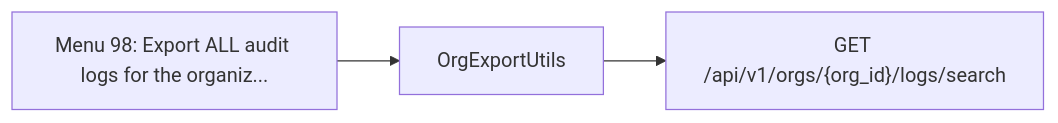
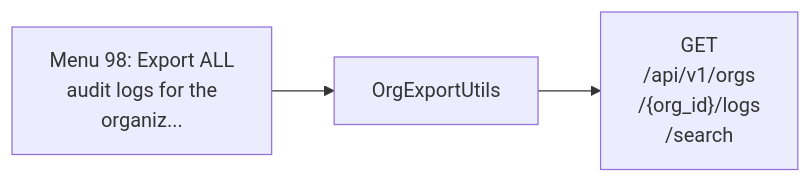
The seventh of 11 diagrams in documentation/menu-api/resource-intensive.md (jmorrison-juniper/MistHelper), drawn with Mermaid before and after one commit. The commit also changed other lines of this file and 19 other files, not shown here.

First line of the commit message:
docs(menu-api): fit the Mermaid diagrams to the wiki column

````diff
--- a/documentation/menu-api/resource-intensive.md
+++ b/documentation/menu-api/resource-intensive.md
@@ -190,6 +148,6 @@
 ```mermaid
 flowchart LR
-    menu["Menu 98: Export ALL audit logs for the organiz..."]
+    menu["Menu 98: Export ALL<br/>audit logs for the<br/>organiz..."]
     menu --> c1["OrgExportUtils"]
-    c1 --> e1["GET /api/v1/orgs/{org_id}/logs/search"]
+    c1 --> e1["GET<br/>/api/v1/orgs<br/>/{org_id}/logs<br/>/search"]
 ```
````
